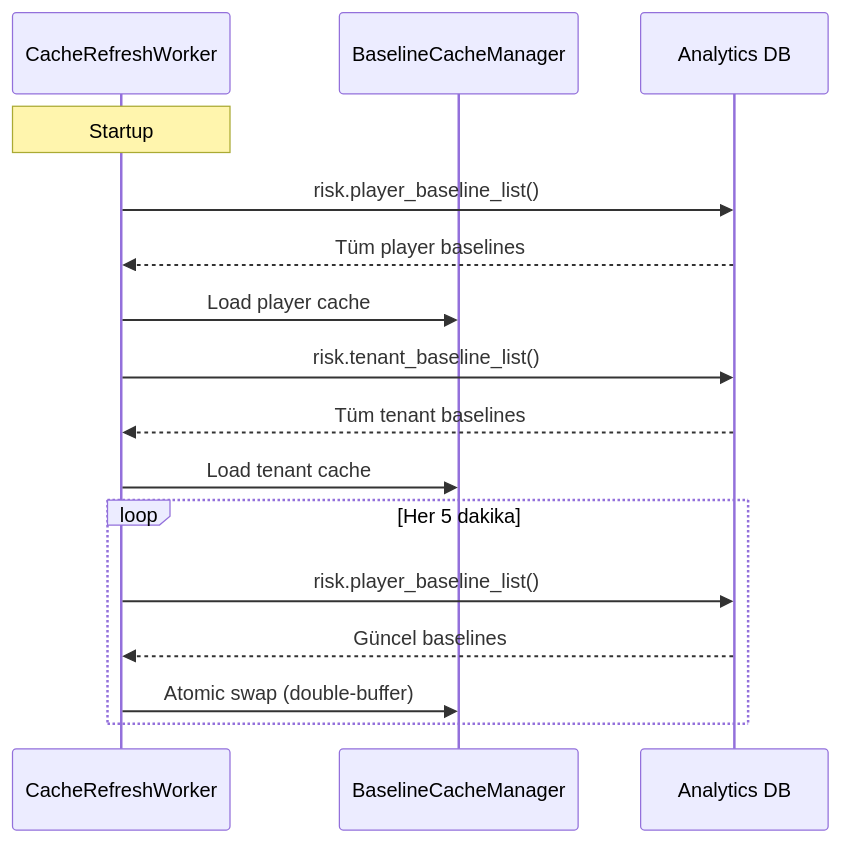
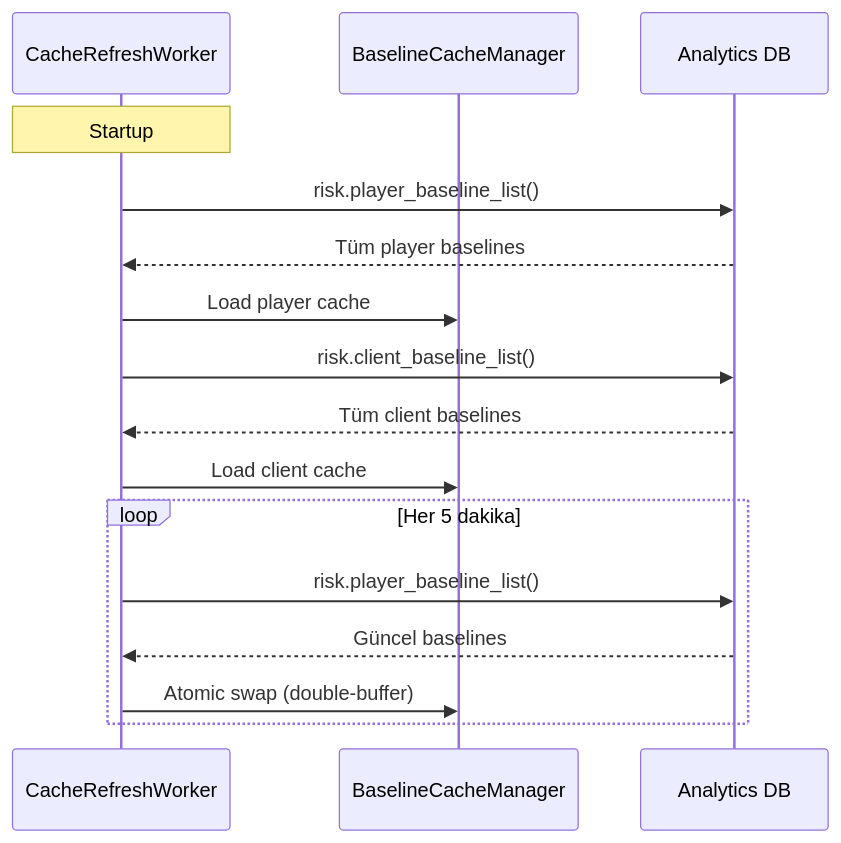
One commit to frhtshn/One.DB changed the fourth of 6 diagrams in .docs/guides/REPORT_CLUSTER_BACKEND.md. Above: the diagram before and after it, drawn with Mermaid. The commit also changed other lines of this file and 442 other files, not shown here.

First line of the commit message:
Nucleo → Sortis One ve tenant → client içerik güncellemeleri

````diff
--- a/.docs/guides/REPORT_CLUSTER_BACKEND.md
+++ b/.docs/guides/REPORT_CLUSTER_BACKEND.md
@@ -403,21 +403,21 @@
 ```mermaid
 sequenceDiagram
     participant W as CacheRefreshWorker
     participant C as BaselineCacheManager
     participant DB as Analytics DB
 
     Note over W: Startup
     W->>DB: risk.player_baseline_list()
     DB-->>W: Tüm player baselines
     W->>C: Load player cache
 
-    W->>DB: risk.tenant_baseline_list()
-    DB-->>W: Tüm tenant baselines
-    W->>C: Load tenant cache
+    W->>DB: risk.client_baseline_list()
+    DB-->>W: Tüm client baselines
+    W->>C: Load client cache
 
     loop Her 5 dakika
         W->>DB: risk.player_baseline_list()
         DB-->>W: Güncel baselines
         W->>C: Atomic swap (double-buffer)
     end
 ```
````
